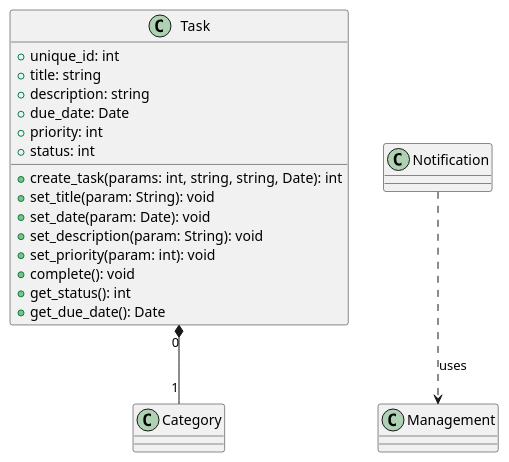
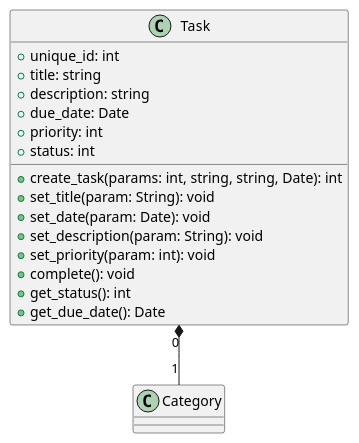
The diagram in assignment6/task.puml (CS361-2024Fall-Term/Innovators), drawn with PlantUML before and after one commit. The commit also changed 1 other file, not shown here.

Commit message:
Updated task and calendar uml documents

```diff
--- a/assignment6/task.puml
+++ b/assignment6/task.puml
@@ -1,23 +1,22 @@
 @startuml
 
 class Task {
   +unique_id: int
   +title: string
   +description: string
   +due_date: Date
   +priority: int
   +status: int
   +create_task(params: int, string, string, Date): int
   +set_title(param: String): void
   +set_date(param: Date): void
   +set_description(param: String): void
   +set_priority(param: int): void
   +complete(): void
   +get_status(): int
   +get_due_date(): Date
 }
 
-Notification ..> Management: uses
 Task "0" *-- "1" Category
 
 @enduml
```
